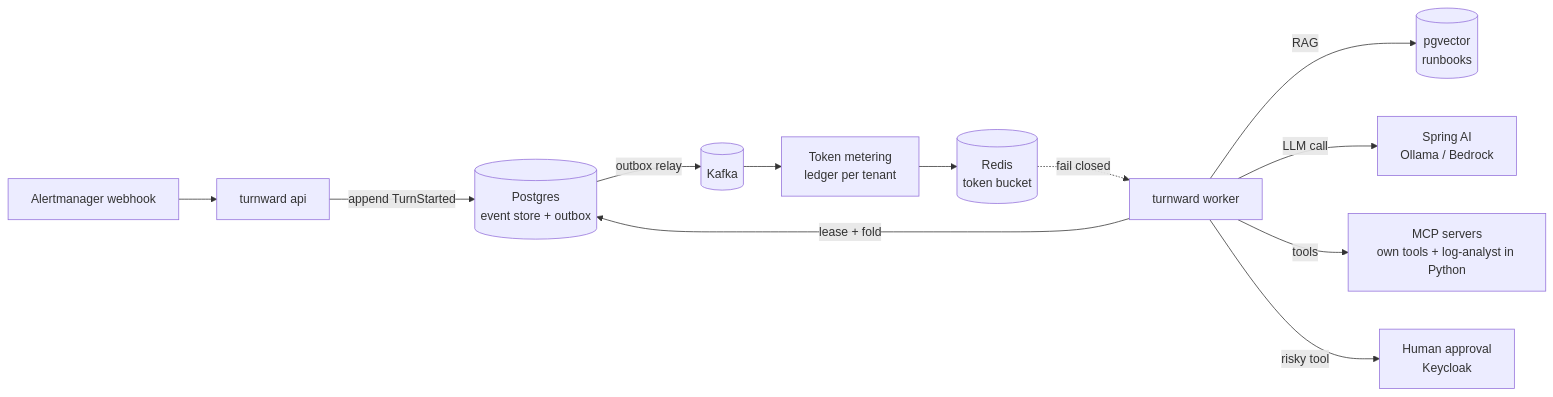
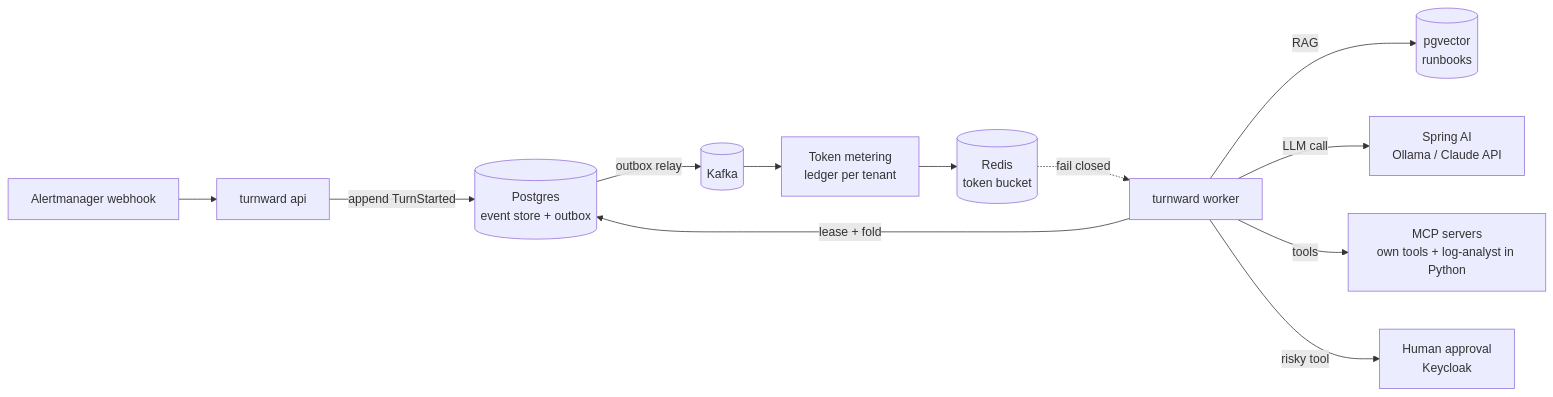
Before and after one commit to caiocv18/turnward: the diagram in README.md, drawn with Mermaid. The commit also changed other lines of this file and 6 other files, not shown here.

First line of the commit message:
docs: record ADR-0011, Ollama in dev and the Anthropic API in production (#6)

````diff
--- a/README.md
+++ b/README.md
@@ -27,14 +27,14 @@
 ```mermaid
 flowchart LR
     AM[Alertmanager webhook] --> API[turnward api]
     API -->|append TurnStarted| ES[(Postgres<br/>event store + outbox)]
     W[turnward worker] -->|lease + fold| ES
     W -->|RAG| VS[(pgvector<br/>runbooks)]
-    W -->|LLM call| LLM[Spring AI<br/>Ollama / Bedrock]
+    W -->|LLM call| LLM[Spring AI<br/>Ollama / Claude API]
     W -->|tools| MCP[MCP servers<br/>own tools + log-analyst in Python]
     W -->|risky tool| HU[Human approval<br/>Keycloak]
     ES -->|outbox relay| K[(Kafka)]
     K --> M[Token metering<br/>ledger per tenant]
     M --> R[(Redis<br/>token bucket)]
     R -.->|fail closed| W
 ```
````
